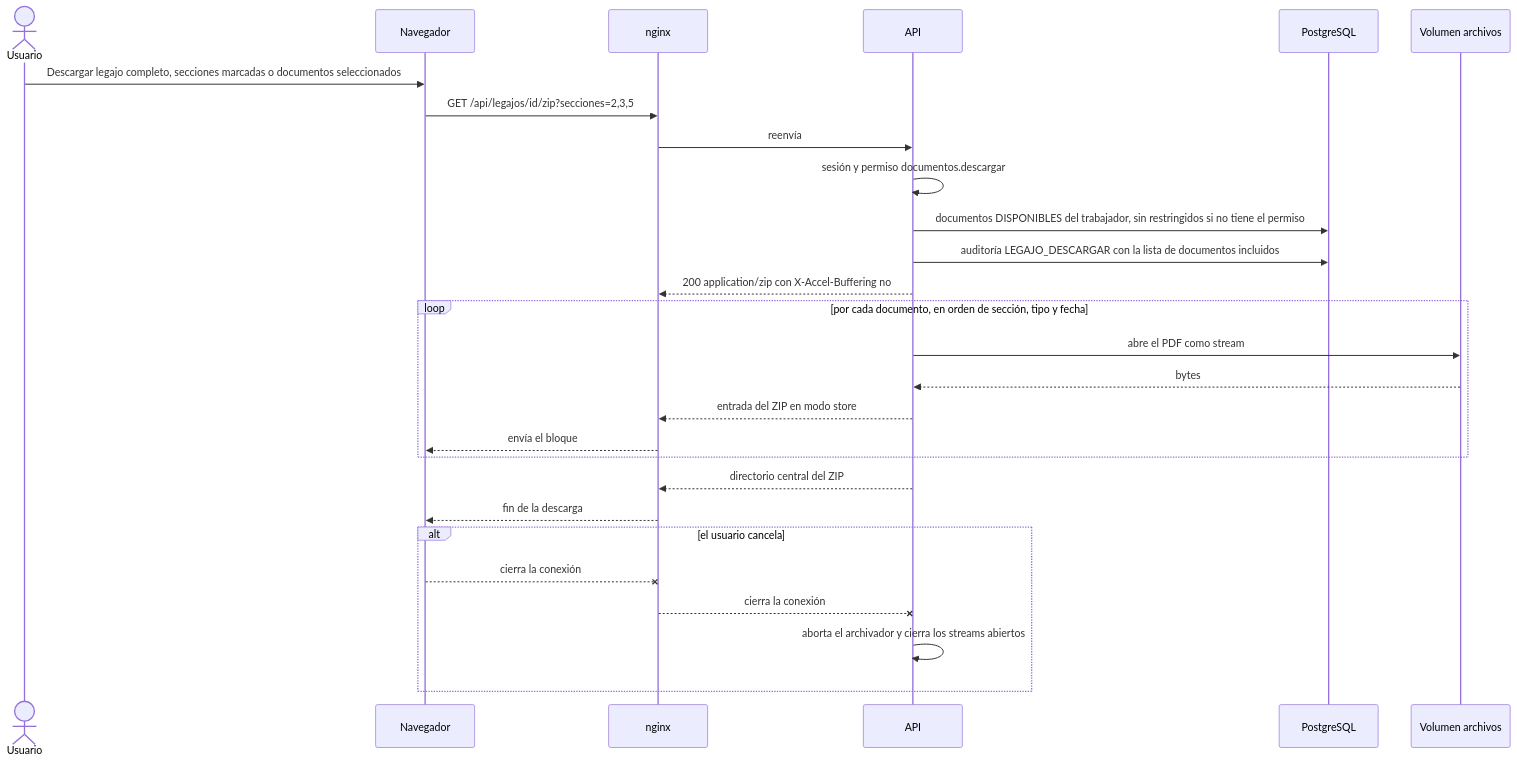
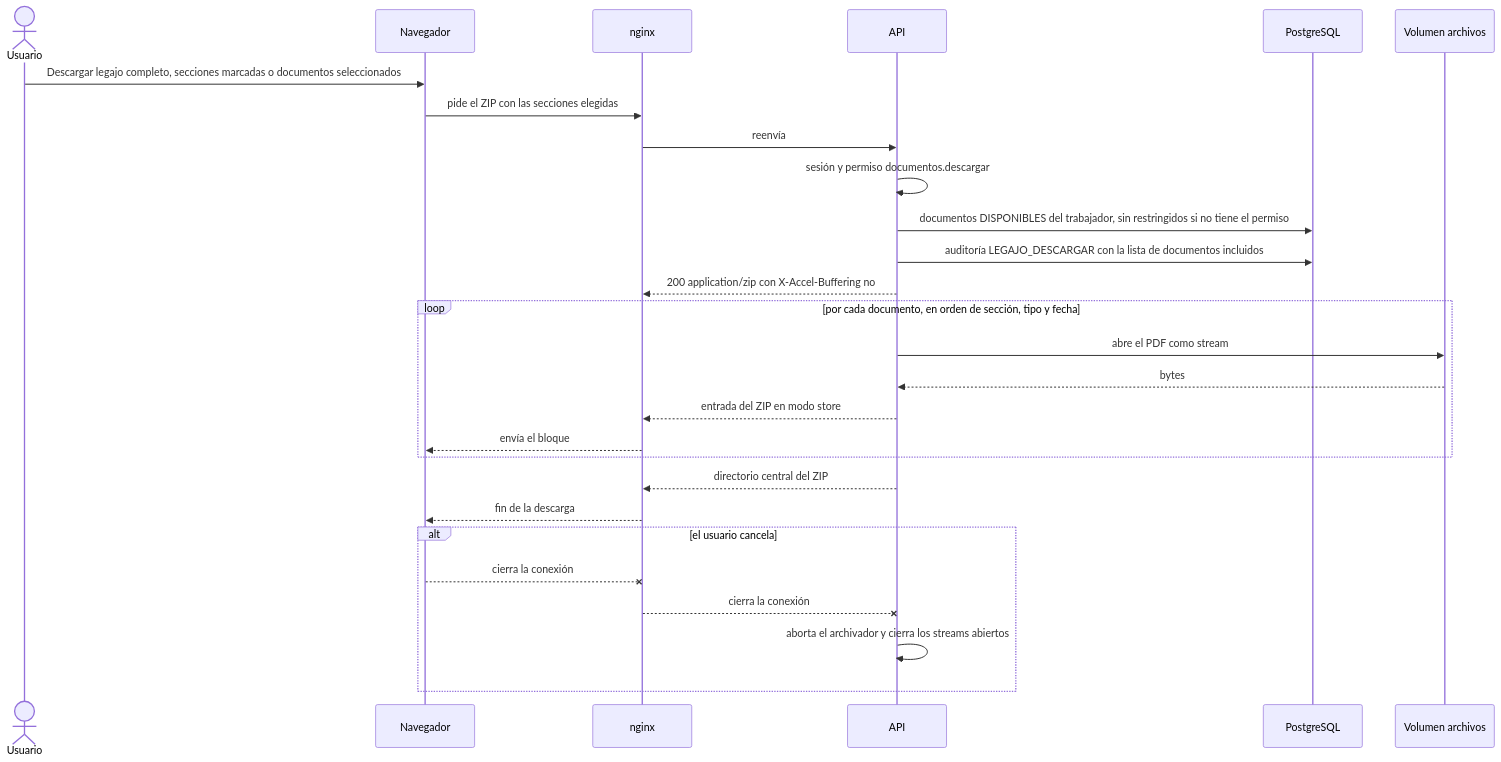
One commit to Jose27luis/legajo changed diagram 15 of 21 in README.md. Above: the diagram before and after it, drawn with Mermaid. The commit also changed other lines of this file, not shown here.

Commit message:
docs: quita la estructura del repositorio y las rutas del README

````diff
--- a/README.md
+++ b/README.md
@@ -1051,30 +971,30 @@
 ```mermaid
 sequenceDiagram
     actor U as Usuario
     participant N as Navegador
     participant X as nginx
     participant A as API
     participant P as PostgreSQL
     participant F as Volumen archivos
 
     U->>N: Descargar legajo completo, secciones marcadas o documentos seleccionados
-    N->>X: GET /api/legajos/id/zip?secciones=2,3,5
+    N->>X: pide el ZIP con las secciones elegidas
     X->>A: reenvía
     A->>A: sesión y permiso documentos.descargar
     A->>P: documentos DISPONIBLES del trabajador, sin restringidos si no tiene el permiso
     A->>P: auditoría LEGAJO_DESCARGAR con la lista de documentos incluidos
     A-->>X: 200 application/zip con X-Accel-Buffering no
     loop por cada documento, en orden de sección, tipo y fecha
         A->>F: abre el PDF como stream
         F-->>A: bytes
         A-->>X: entrada del ZIP en modo store
         X-->>N: envía el bloque
     end
     A-->>X: directorio central del ZIP
     X-->>N: fin de la descarga
     alt el usuario cancela
         N--xX: cierra la conexión
         X--xA: cierra la conexión
         A->>A: aborta el archivador y cierra los streams abiertos
     end
 ```
````
